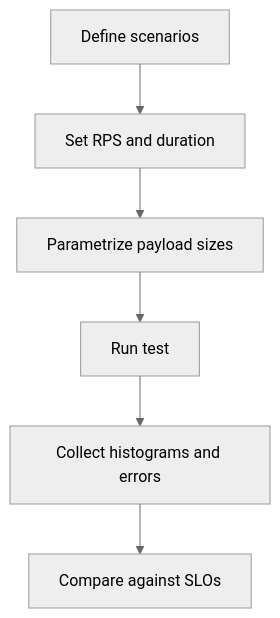
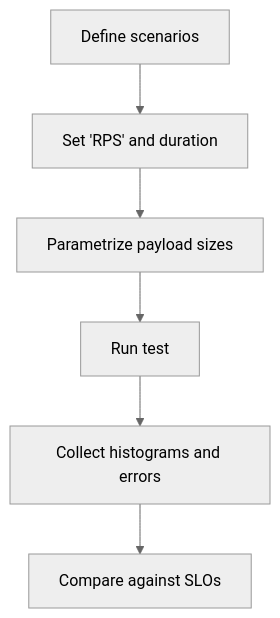
One commit to archman-dev/website changed the fourth of 4 diagrams in docs/foundational-concepts/basic-distributed-systems-concepts/latency-throughput-bandwidth.mdx. Above: the diagram before and after it, drawn with Mermaid (neutral theme). The commit also changed other lines of this file and 1 other file, not shown here.

Commit message:
feat(docs): enhance Concurrency, Parallelism, Synchronization article with structured metadata and practical guidance
- Added comprehensive frontmatter metadata, including title, description, keywords, and social sharing elements to improve SEO and user engagement.
- Introduced detailed learning objectives, motivating scenarios, and hands-on exercises to facilitate understanding of concurrency, parallelism, and synchronization concepts.
- Clarified definitions and interactions between concurrency, parallelism, and synchronization, providing practical guidance for performance tuning.
- Enhanced content with decision flows, signals and anti-signals sections, and a showcase to illustrate practical applications.

````diff
--- a/docs/foundational-concepts/basic-distributed-systems-concepts/latency-throughput-bandwidth.mdx
+++ b/docs/foundational-concepts/basic-distributed-systems-concepts/latency-throughput-bandwidth.mdx
@@ -371,8 +371,8 @@
 ```mermaid
 flowchart TB
-  A[Define scenarios] --> B[Set RPS and duration]
+  A["Define scenarios"] --> B["Set 'RPS' and duration"]
   B --> C[Parametrize payload sizes]
-  C --> D[Run test]
-  D --> E[Collect histograms and errors]
-  E --> F[Compare against SLOs]
+  C --> D["Run test"]
+  D --> E["Collect histograms and errors"]
+  E --> F["Compare against SLOs"]
 ```
````
